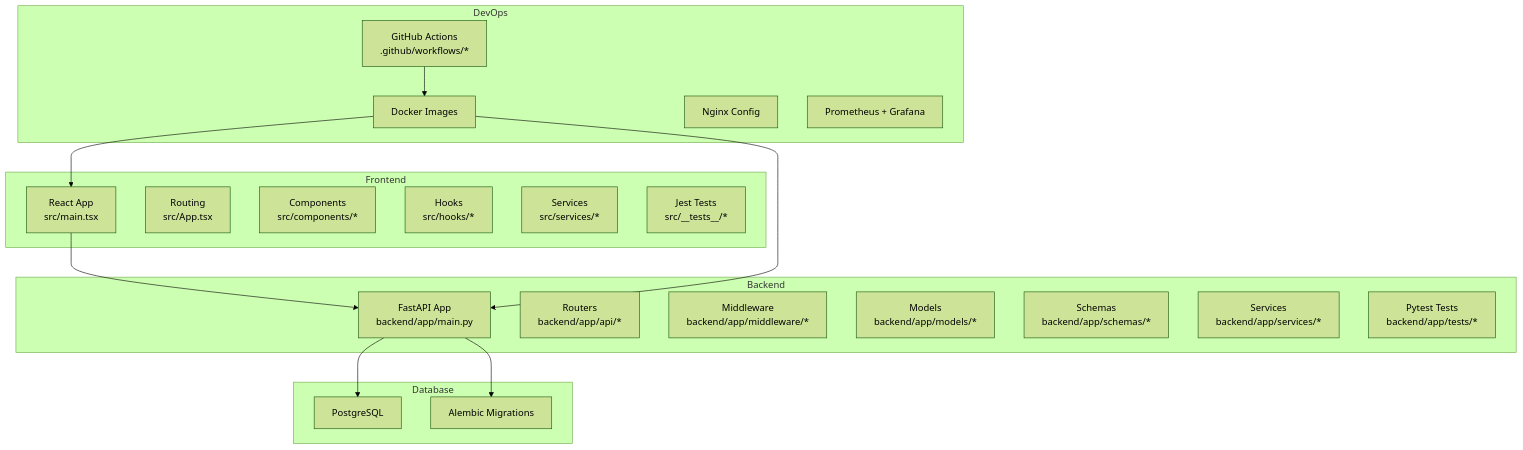
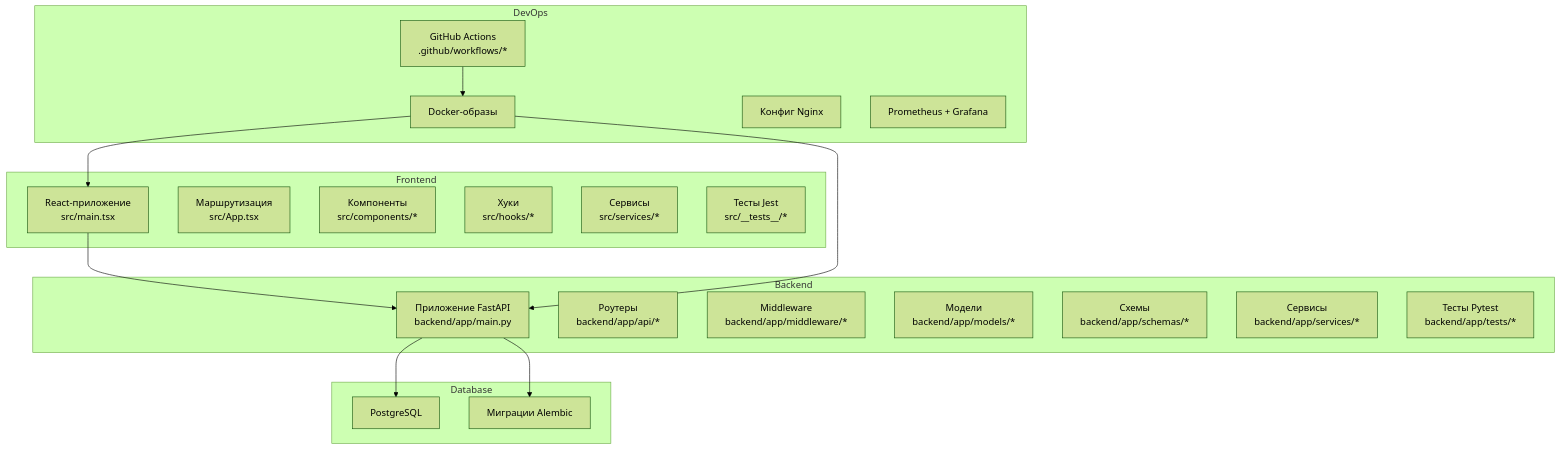
The first of 5 diagrams in .qoder/repowiki/en/content/Development Guidelines & Contributing.md (nilsnavi/fit_trackerpro), drawn with Mermaid (forest theme) before and after one commit. The commit also changed other lines of this file and 11 other files, not shown here.

````diff
--- a/.qoder/repowiki/en/content/Development Guidelines & Contributing.md
+++ b/.qoder/repowiki/en/content/Development Guidelines & Contributing.md
@@ -61,36 +63,36 @@
 ```mermaid
 graph TB
 subgraph "Frontend"
-FE_App["React App<br/>src/main.tsx"]
-FE_Routes["Routing<br/>src/App.tsx"]
-FE_Components["Components<br/>src/components/*"]
-FE_Hooks["Hooks<br/>src/hooks/*"]
-FE_Services["Services<br/>src/services/*"]
-FE_Tests["Jest Tests<br/>src/__tests__/*"]
+FE_App["React-приложение<br/>src/main.tsx"]
+FE_Routes["Маршрутизация<br/>src/App.tsx"]
+FE_Components["Компоненты<br/>src/components/*"]
+FE_Hooks["Хуки<br/>src/hooks/*"]
+FE_Services["Сервисы<br/>src/services/*"]
+FE_Tests["Тесты Jest<br/>src/__tests__/*"]
 end
 subgraph "Backend"
-BE_Main["FastAPI App<br/>backend/app/main.py"]
-BE_Routers["Routers<br/>backend/app/api/*"]
+BE_Main["Приложение FastAPI<br/>backend/app/main.py"]
+BE_Routers["Роутеры<br/>backend/app/api/*"]
 BE_Middleware["Middleware<br/>backend/app/middleware/*"]
-BE_Models["Models<br/>backend/app/models/*"]
-BE_Schemas["Schemas<br/>backend/app/schemas/*"]
-BE_Services["Services<br/>backend/app/services/*"]
-BE_Tests["Pytest Tests<br/>backend/app/tests/*"]
+BE_Models["Модели<br/>backend/app/models/*"]
+BE_Schemas["Схемы<br/>backend/app/schemas/*"]
+BE_Services["Сервисы<br/>backend/app/services/*"]
+BE_Tests["Тесты Pytest<br/>backend/app/tests/*"]
 end
 subgraph "Database"
 DB_Postgres["PostgreSQL"]
-DB_Alembic["Alembic Migrations"]
+DB_Alembic["Миграции Alembic"]
 end
 subgraph "DevOps"
-DO_Docker["Docker Images"]
+DO_Docker["Docker-образы"]
 DO_GHA["GitHub Actions<br/>.github/workflows/*"]
-DO_Nginx["Nginx Config"]
+DO_Nginx["Конфиг Nginx"]
 DO_Monitoring["Prometheus + Grafana"]
 end
 FE_App --> BE_Main
 BE_Main --> DB_Postgres
 BE_Main --> DB_Alembic
 DO_GHA --> DO_Docker
 DO_Docker --> BE_Main
 DO_Docker --> FE_App
 ```
````
